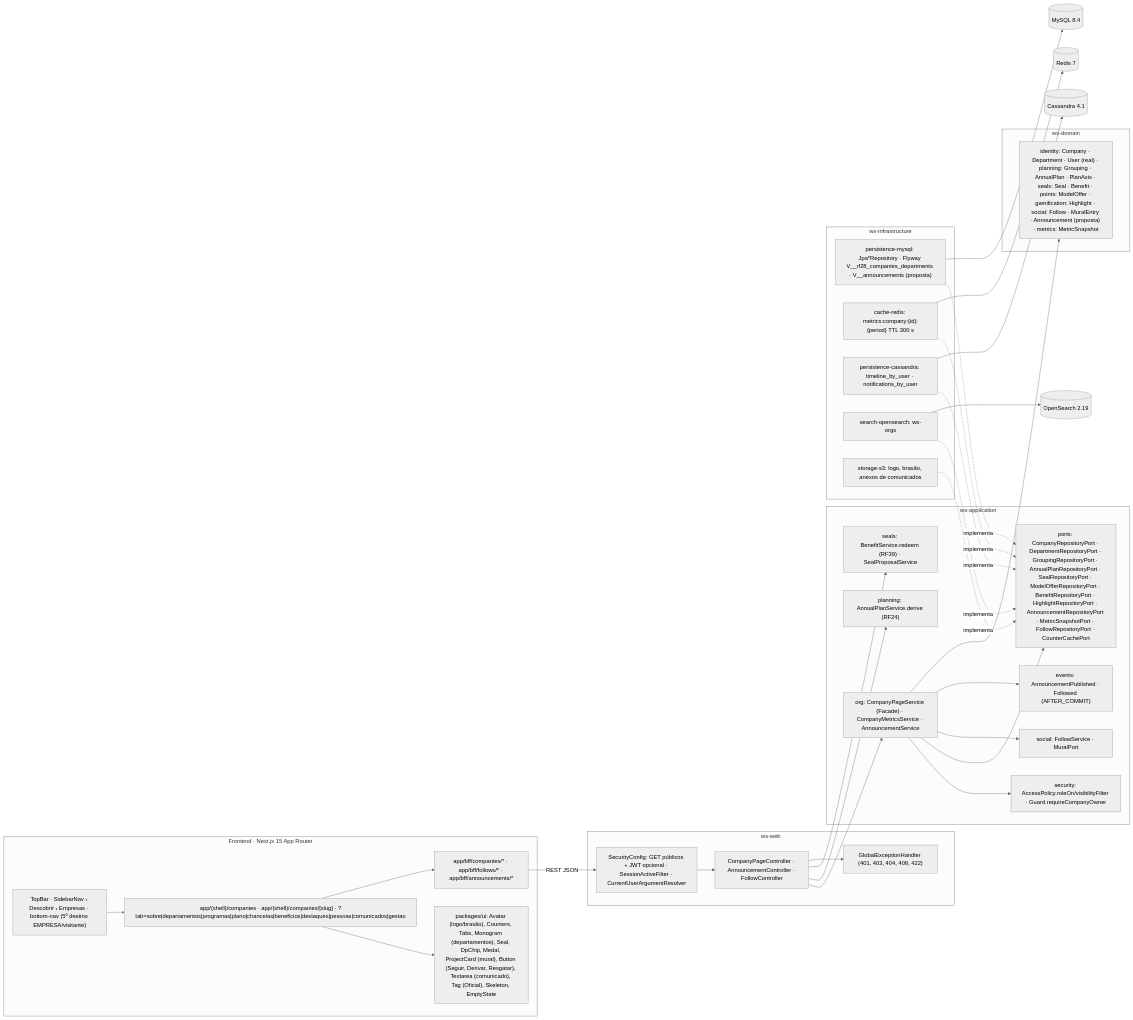
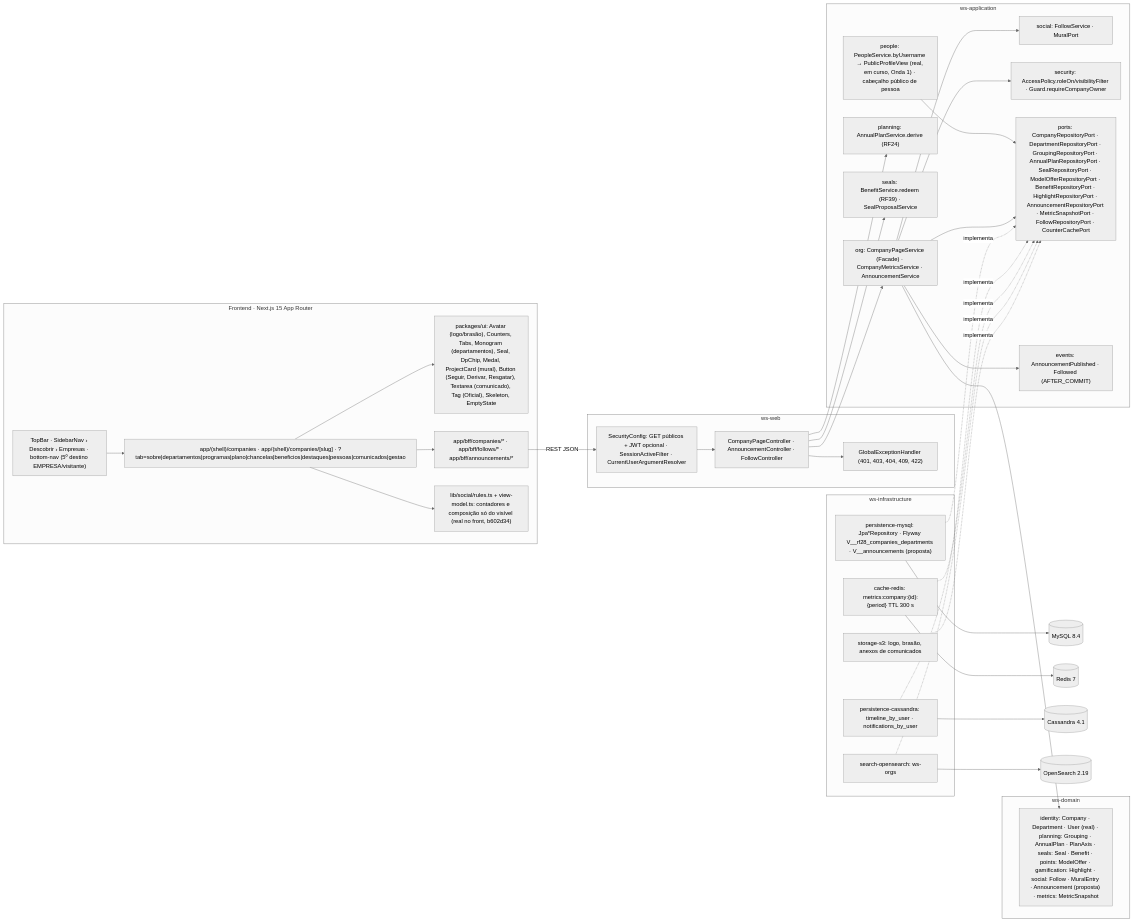
One commit to MatheusHaliski/Decia-app-2026 changed the fifth of 5 diagrams in docs/diagramas/RF15/README.md. Above: the diagram before and after it, drawn with Mermaid (neutral theme). The commit also changed other lines of this file and 6 other files, not shown here.

First line of the commit message:
docs(diagramas): RF2, RF6, RF14–RF17 com sessão e perfil reais

````diff
--- a/docs/diagramas/RF15/README.md
+++ b/docs/diagramas/RF15/README.md
@@ -484,55 +503,59 @@
 ```mermaid
 flowchart LR
   subgraph FE["Frontend · Next.js 15 App Router"]
     PG["app/(shell)/companies · app/(shell)/companies/[slug] · ?tab=sobre|departamentos|programas|plano|chancelas|beneficios|destaques|pessoas|comunicados|gestao"]
     UI["packages/ui: Avatar (logo/brasão), Counters, Tabs, Monogram (departamentos), Seal, DpChip, Medal, ProjectCard (mural), Button (Seguir, Derivar, Resgatar), Textarea (comunicado), Tag (Oficial), Skeleton, EmptyState"]
     SN["TopBar · SidebarNav › Descobrir › Empresas · bottom-nav (5º destino EMPRESA/visitante)"]
     BFF["app/bff/companies/* · app/bff/follows/* · app/bff/announcements/*"]
+    SR["lib/social/rules.ts + view-model.ts: contadores e composição só do visível (real no front, b602d34)"]
+    PG --> SR
     PG --> UI
     PG --> BFF
     SN --> PG
   end
   subgraph WSWEB["ws-web"]
     SEC["SecurityConfig: GET públicos + JWT opcional · SessionActiveFilter · CurrentUserArgumentResolver"]
     CC["CompanyPageController · AnnouncementController · FollowController"]
     GEH["GlobalExceptionHandler (401, 403, 404, 409, 422)"]
   end
   subgraph WSAPP["ws-application"]
     CP["org: CompanyPageService (Facade) · CompanyMetricsService · AnnouncementService"]
     SOC["social: FollowService · MuralPort"]
     PLN["planning: AnnualPlanService.derive (RF24)"]
     SEAL["seals: BenefitService.redeem (RF39) · SealProposalService"]
     SECU["security: AccessPolicy.roleOn/visibilityFilter · Guard.requireCompanyOwner"]
     PORTS["ports: CompanyRepositoryPort · DepartmentRepositoryPort · GroupingRepositoryPort · AnnualPlanRepositoryPort · SealRepositoryPort · ModelOfferRepositoryPort · BenefitRepositoryPort · HighlightRepositoryPort · AnnouncementRepositoryPort · MetricSnapshotPort · FollowRepositoryPort · CounterCachePort"]
     EVT["events: AnnouncementPublished · Followed (AFTER_COMMIT)"]
+    PPL["people: PeopleService.byUsername → PublicProfileView (real, em curso, Onda 1) · cabeçalho público de pessoa"]
+    PPL --> PORTS
     CP --> SECU
     CP --> PORTS
     CP --> SOC
     CP --> EVT
   end
   subgraph WSDOM["ws-domain"]
     DOM["identity: Company · Department · User (real) · planning: Grouping · AnnualPlan · PlanAxis · seals: Seal · Benefit · points: ModelOffer · gamification: Highlight · social: Follow · MuralEntry · Announcement (proposta) · metrics: MetricSnapshot"]
   end
   subgraph INFRA["ws-infrastructure"]
     MY["persistence-mysql: Jpa*Repository · Flyway V__rf28_companies_departments · V__announcements (proposta)"]
     RDS["cache-redis: metrics:company:{id}:{period} TTL 300 s"]
     CAS["persistence-cassandra: timeline_by_user · notifications_by_user"]
     OSE["search-opensearch: ws-orgs"]
     S3["storage-s3: logo, brasão, anexos de comunicados"]
   end
 
   BFF -->|"REST JSON"| SEC --> CC --> CP
   CC --> PLN
   CC --> SEAL
   CC --> GEH
   MY -.implementa.-> PORTS
   RDS -.implementa.-> PORTS
   CAS -.implementa.-> PORTS
   OSE -.implementa.-> PORTS
   S3 -.implementa.-> PORTS
   CP --> DOM
   MY --> DB[("MySQL 8.4")]
   RDS --> RD[("Redis 7")]
   CAS --> CDB[("Cassandra 4.1")]
   OSE --> OSX[("OpenSearch 2.19")]
 ```
````
